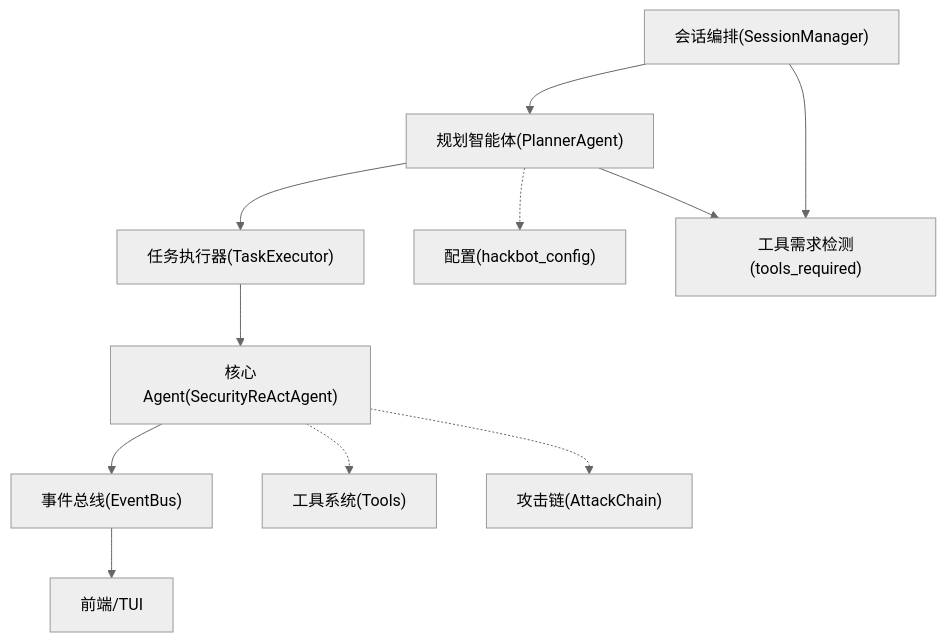
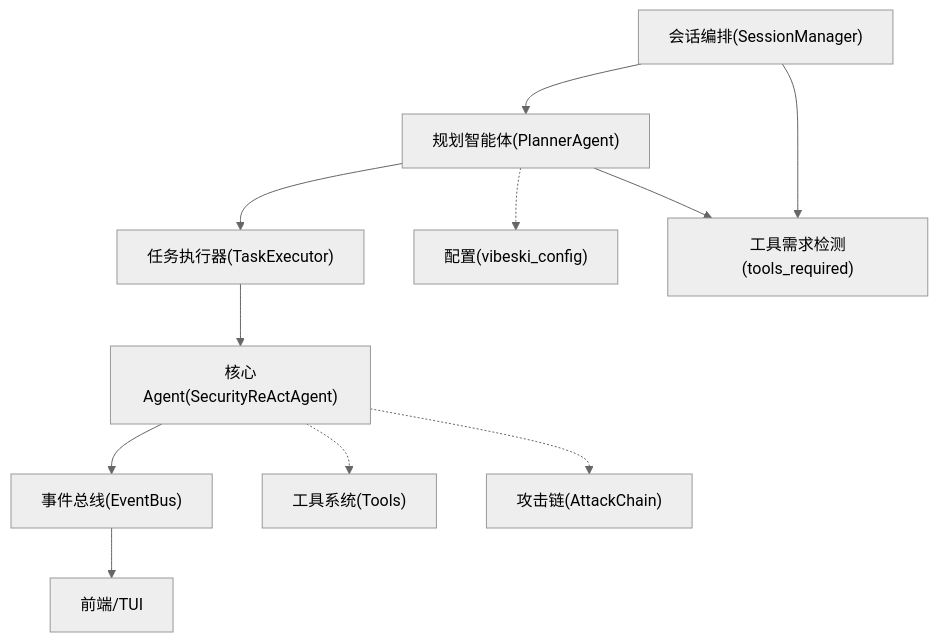
One commit to crabin/VIBESKI changed the first of 6 diagrams in .qoder/repowiki/zh/content/项目概述/核心功能特性/多智能体协作系统/规划智能体.md. Above: the diagram before and after it, drawn with Mermaid (neutral theme). The commit also changed other lines of this file and 170 other files, not shown here.

Commit message:
chore: rename all secbot/hackbot identifiers to vibeski

````diff
--- a/.qoder/repowiki/zh/content/项目概述/核心功能特性/多智能体协作系统/规划智能体.md
+++ b/.qoder/repowiki/zh/content/项目概述/核心功能特性/多智能体协作系统/规划智能体.md
@@ -46,13 +46,13 @@
 ```mermaid
 graph TB
 SM["会话编排(SessionManager)"] --> PA["规划智能体(PlannerAgent)"]
 PA --> TE["任务执行器(TaskExecutor)"]
 TE --> SA["核心Agent(SecurityReActAgent)"]
 SA --> EV["事件总线(EventBus)"]
 EV --> UI["前端/TUI"]
-PA -.-> CFG["配置(hackbot_config)"]
+PA -.-> CFG["配置(vibeski_config)"]
 SA -.-> TL["工具系统(Tools)"]
 SA -.-> AC["攻击链(AttackChain)"]
 PA --> TR["工具需求检测(tools_required)"]
 SM --> TR
 ```
````
